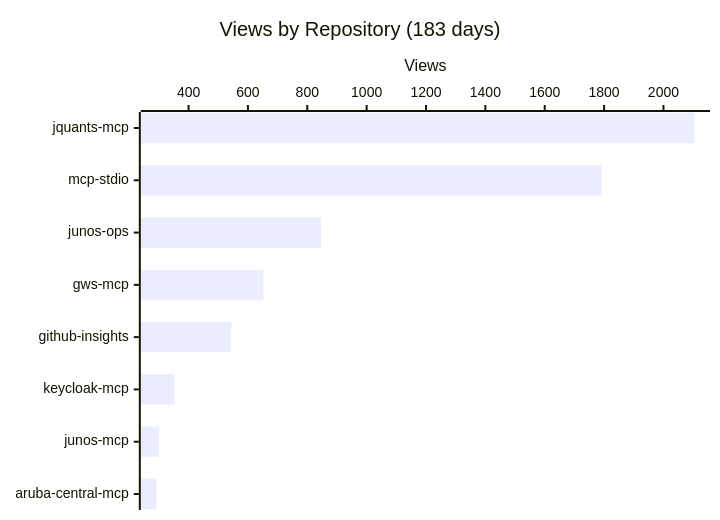
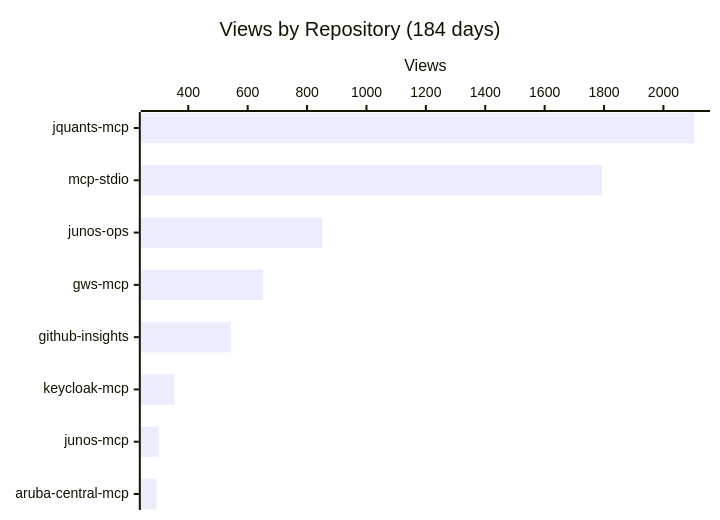
One commit to shigechika/github-insights changed the first of 4 diagrams in README.md. Above: the diagram before and after it, drawn with Mermaid. The commit also changed other lines of this file and 2 other files, not shown here.

````diff
--- a/README.md
+++ b/README.md
@@ -18,7 +18,7 @@
 ```mermaid
 xychart-beta horizontal
-    title "Views by Repository (183 days)"
+    title "Views by Repository (184 days)"
     x-axis ["jquants-mcp", "mcp-stdio", "junos-ops", "gws-mcp", "github-insights", "keycloak-mcp", "junos-mcp", "aruba-central-mcp"]
     y-axis "Views"
-    bar [2104, 1792, 846, 652, 544, 353, 301, 292]
+    bar [2104, 1794, 851, 652, 544, 353, 301, 293]
 ```
````
